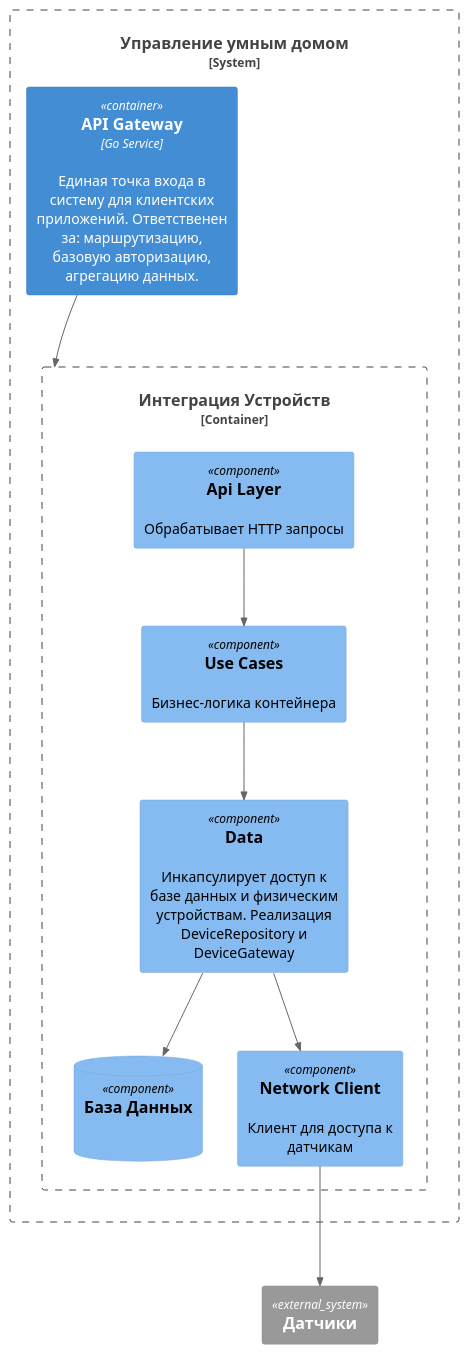
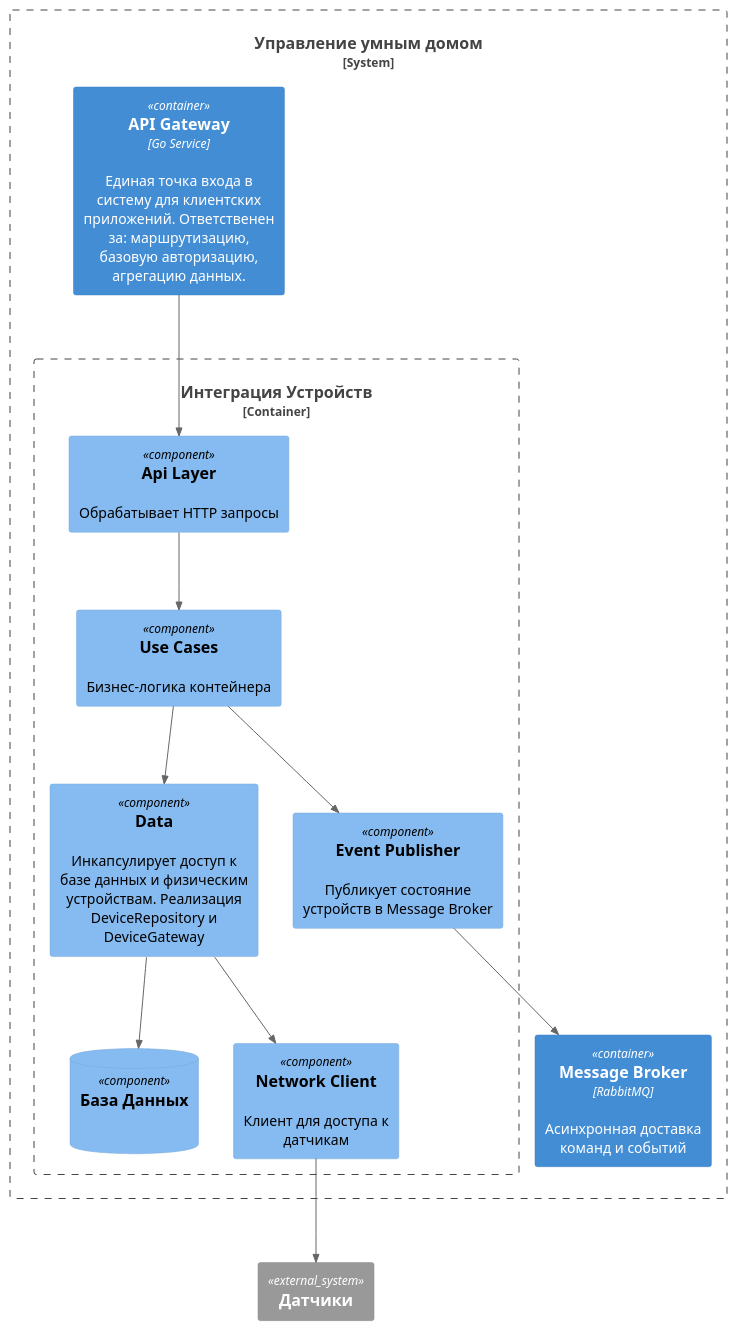
Before and after one commit to IlimbekNarmatov/warmhouse: the diagram in puml/task_2_component_diagram.puml, drawn with PlantUML. The commit also changed 1 other file, not shown here.

```diff
--- a/puml/task_2_component_diagram.puml
+++ b/puml/task_2_component_diagram.puml
@@ -1,24 +1,28 @@
 @startuml
 !include https://raw.githubusercontent.com/plantuml-stdlib/C4-PlantUML/master/C4_Container.puml
 !include https://raw.githubusercontent.com/plantuml-stdlib/C4-PlantUML/master/C4_Component.puml
 
 System_Ext(device, "Датчики")
 
 System_Boundary(smartHomeSystem, "Управление умным домом"){
     Container(gateway, "API Gateway", "Go Service", "Единая точка входа в систему для клиентских приложений. Ответственен за: маршрутизацию, базовую авторизацию, агрегацию данных.")
+    Container(messageBus, "Message Broker", "RabbitMQ", "Асинхронная доставка команд и событий")
     Container_Boundary(deviceIntegrationContainer, "Интеграция Устройств"){
         Component(apiLayer, "Api Layer", "", "Обрабатывает HTTP запросы")
         Component(data, "Data", "", "Инкапсулирует доступ к базе данных и физическим устройствам. Реализация DeviceRepository и DeviceGateway")
         ComponentDb(deviceIntegrationDB, "База Данных", "", " ")
         Component(useCases, "Use Cases", "", "Бизнес-логика контейнера")
         Component(networkClient, "Network Client", "", "Клиент для доступа к датчикам")
+        Component(eventPublisher, "Event Publisher", "", "Публикует состояние устройств в Message Broker")
     }
 }
 
-Rel(gateway, deviceIntegrationContainer, " ")
+Rel(gateway, apiLayer, " ")
 Rel(apiLayer, useCases, " ")
 Rel(useCases, data, " ")
+Rel(useCases, eventPublisher, " ")
 Rel(data, deviceIntegrationDB, " ")
 Rel(data, networkClient, " ")
 Rel(networkClient, device, " ")
+Rel(eventPublisher, messageBus ," ")
 @enduml
```
